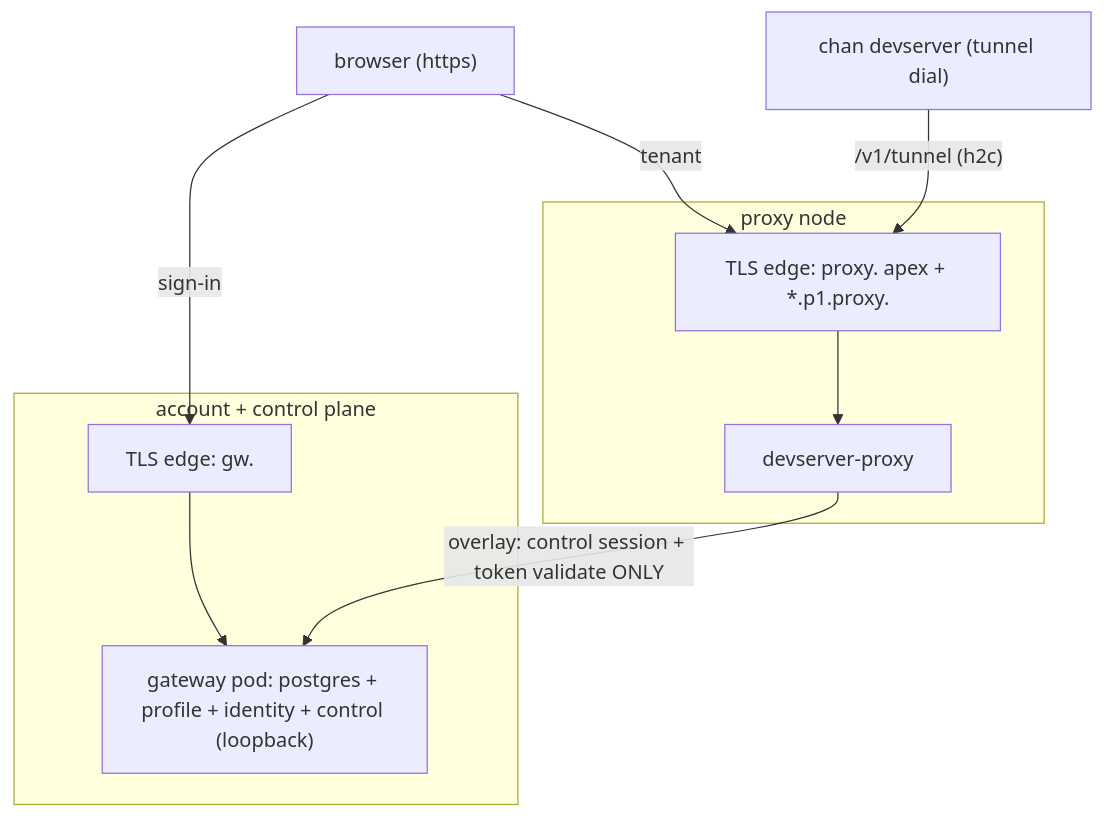
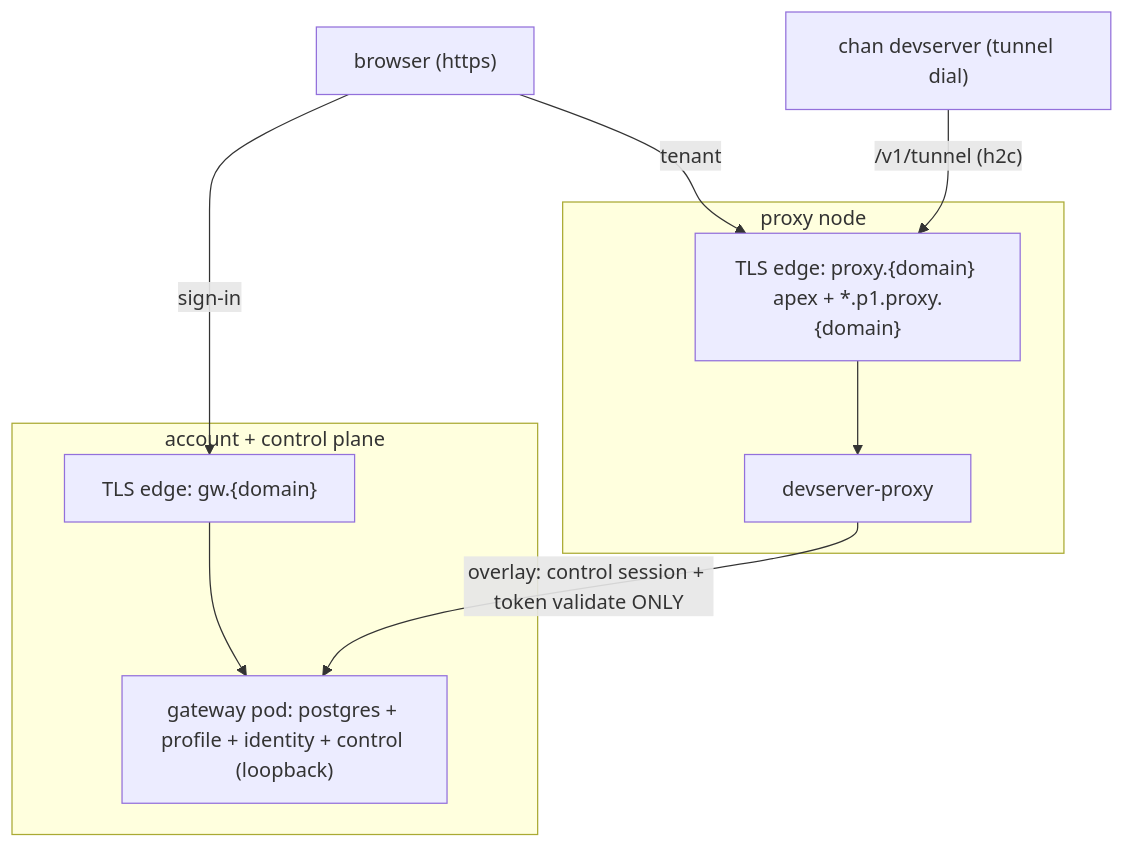
One commit to fiorix/chan changed the diagram in gateway/docs/dev-setup.md. Above: the diagram before and after it, drawn with Mermaid. The commit also changed other lines of this file and 19 other files, not shown here.

````diff
--- a/gateway/docs/dev-setup.md
+++ b/gateway/docs/dev-setup.md
@@ -23,17 +23,17 @@
 ```mermaid
 flowchart TB
     browser["browser (https)"]
     devsrv["chan devserver (tunnel dial)"]
     subgraph account["account + control plane"]
-        gwnginx["TLS edge: gw.<domain>"]
+        gwnginx["TLS edge: gw.{domain}"]
         pod["gateway pod: postgres + profile + identity + control (loopback)"]
     end
     subgraph node["proxy node"]
-        pnginx["TLS edge: proxy.<domain> apex + *.p1.proxy.<domain>"]
+        pnginx["TLS edge: proxy.{domain} apex + *.p1.proxy.{domain}"]
         proxy["devserver-proxy"]
     end
     browser -->|"sign-in"| gwnginx --> pod
     browser -->|"tenant"| pnginx --> proxy
     devsrv -->|"/v1/tunnel (h2c)"| pnginx
     proxy -->|"overlay: control session + token validate ONLY"| pod
 ```
````
